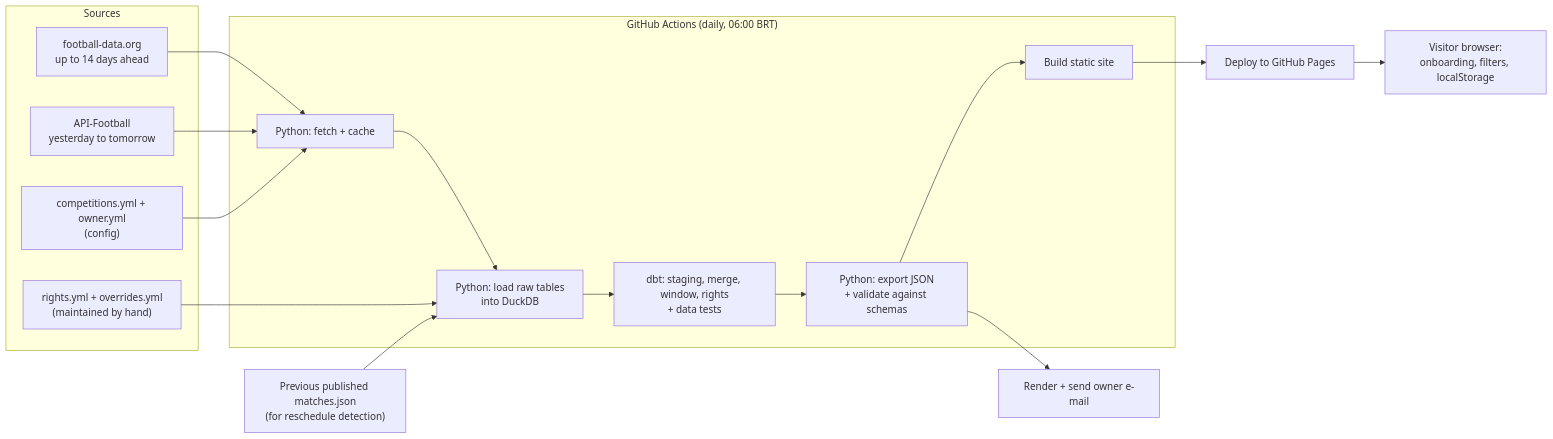
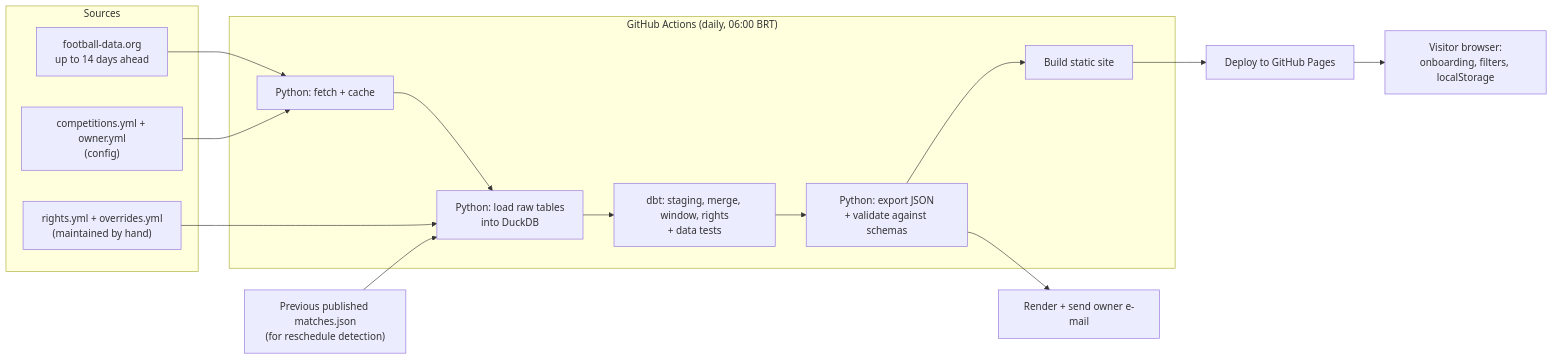
The diagram in docs/architecture.md (raissonls/ubi-ludus), drawn with Mermaid before and after one commit. The commit also changed other lines of this file and 26 other files, not shown here.

First line of the commit message:
M4-07: stop using API-Football in the daily job (#105)

````diff
--- a/docs/architecture.md
+++ b/docs/architecture.md
@@ -11,24 +11,22 @@
 ```mermaid
 flowchart LR
     subgraph Sources
       FD["football-data.org<br/>up to 14 days ahead"]
-      AF["API-Football<br/>yesterday to tomorrow"]
       R["rights.yml + overrides.yml<br/>(maintained by hand)"]
       C["competitions.yml + owner.yml<br/>(config)"]
     end
     P["Previous published matches.json<br/>(for reschedule detection)"]
     subgraph "GitHub Actions (daily, 06:00 BRT)"
       F["Python: fetch + cache"] --> L["Python: load raw tables<br/>into DuckDB"]
       L --> T["dbt: staging, merge, window, rights<br/>+ data tests"]
       T --> X["Python: export JSON<br/>+ validate against schemas"]
       X --> B[Build static site]
     end
     FD --> F
-    AF --> F
     C --> F
     R --> L
     P --> L
     B --> D[Deploy to GitHub Pages]
     X --> M[Render + send owner e-mail]
     D --> U["Visitor browser:<br/>onboarding, filters, localStorage"]
 ```
````
